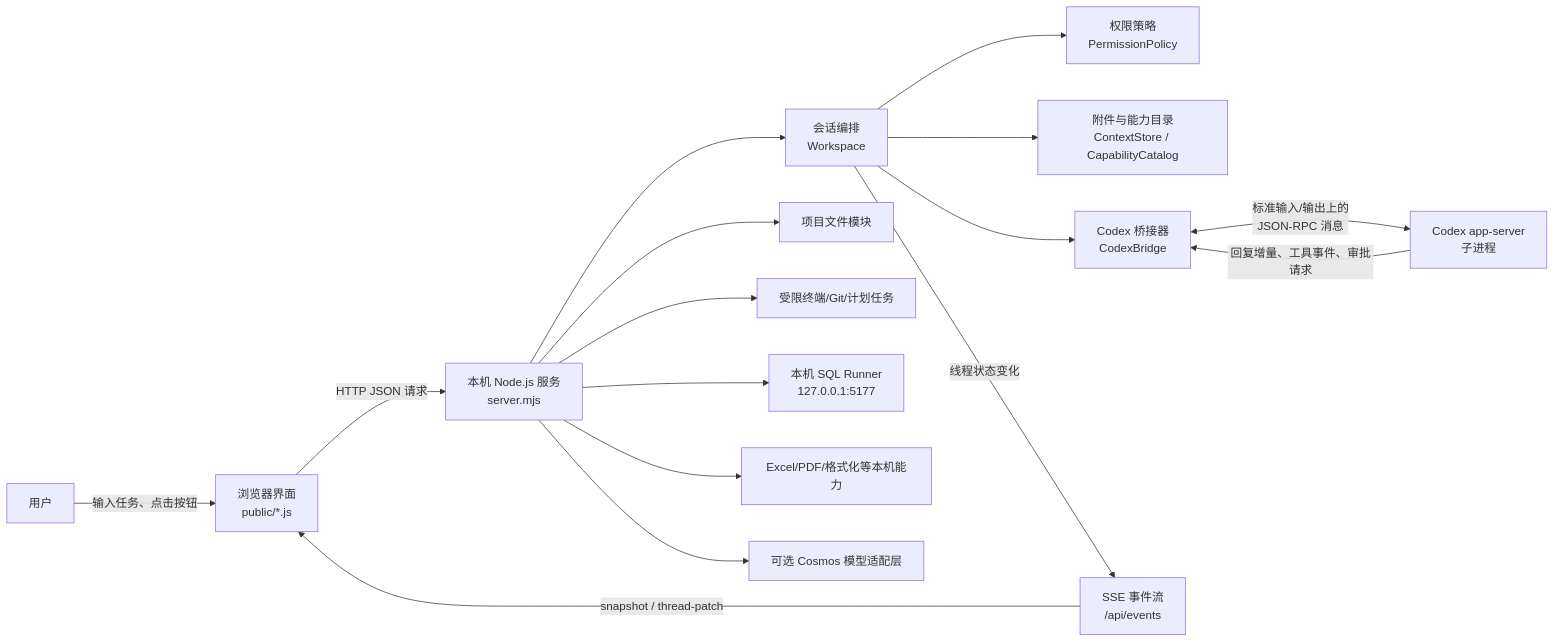
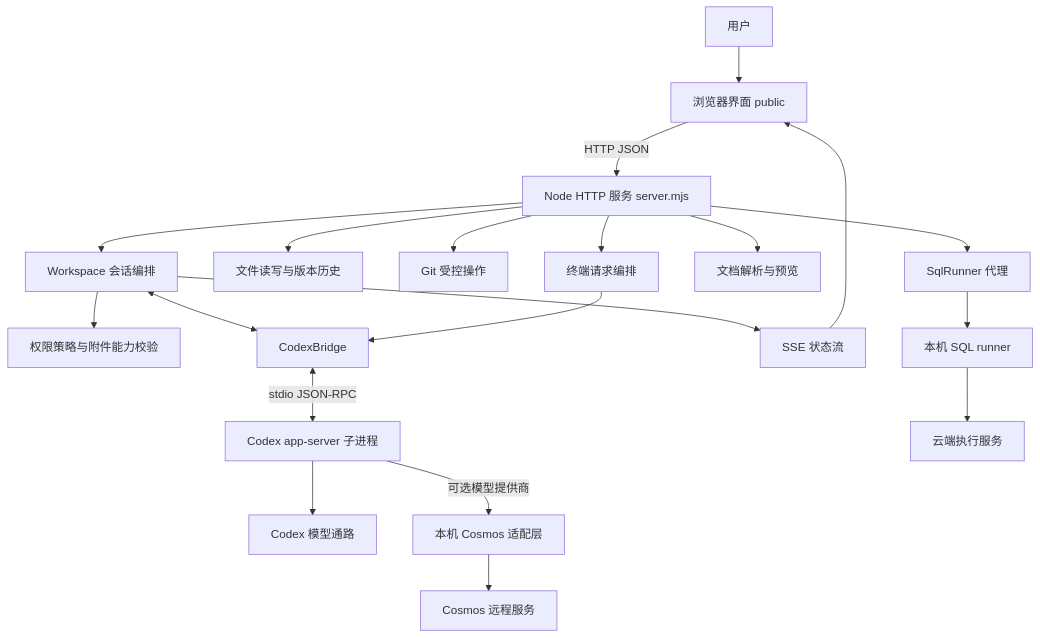
One commit to liuxiansheng-w/codex_web_used_bybigdata changed the first of 7 diagrams in 项目原理详解.md. Above: the diagram before and after it, drawn with Mermaid. The commit also changed other lines of this file and 63 other files, not shown here.

First line of the commit message:
新增记忆与交互能力，优化 SQL、Git 工作流并完善项目文档

````diff
--- a/项目原理详解.md
+++ b/项目原理详解.md
@@ -34,19 +61,22 @@
 ```mermaid
-flowchart LR
-    U[用户] -->|输入任务、点击按钮| B[浏览器界面<br/>public/*.js]
-    B -->|HTTP JSON 请求| S[本机 Node.js 服务<br/>server.mjs]
-    S --> W[会话编排<br/>Workspace]
-    W --> P[权限策略<br/>PermissionPolicy]
-    W --> C[附件与能力目录<br/>ContextStore / CapabilityCatalog]
-    W --> BR[Codex 桥接器<br/>CodexBridge]
-    BR <-->|标准输入/输出上的<br/>JSON-RPC 消息| A[Codex app-server<br/>子进程]
-    A -->|回复增量、工具事件、审批请求| BR
-    W -->|线程状态变化| E[SSE 事件流<br/>/api/events]
-    E -->|snapshot / thread-patch| B
-
-    S --> F[项目文件模块]
-    S --> T[受限终端/Git/计划任务]
-    S --> Q[本机 SQL Runner<br/>127.0.0.1:5177]
-    S --> M[Excel/PDF/格式化等本机能力]
-    S --> X[可选 Cosmos 模型适配层]
+flowchart TB
+    User[用户] --> UI[浏览器界面 public]
+    UI -->|HTTP JSON| HTTP[Node HTTP 服务 server.mjs]
+    HTTP --> WS[Workspace 会话编排]
+    WS --> Policy[权限策略与附件能力校验]
+    WS <--> Bridge[CodexBridge]
+    Bridge <-->|stdio JSON-RPC| Runtime[Codex app-server 子进程]
+    Runtime --> Model[Codex 模型通路]
+    Runtime -->|可选模型提供商| Proxy[本机 Cosmos 适配层]
+    Proxy --> Cosmos[Cosmos 远程服务]
+    WS --> Events[SSE 状态流]
+    Events --> UI
+    HTTP --> Files[文件读写与版本历史]
+    HTTP --> Git[Git 受控操作]
+    HTTP --> SQL[SqlRunner 代理]
+    SQL --> Runner[本机 SQL runner]
+    Runner --> Cloud[云端执行服务]
+    HTTP --> Preview[文档解析与预览]
+    HTTP --> Terminal[终端请求编排]
+    Terminal --> Bridge
 ```
````
